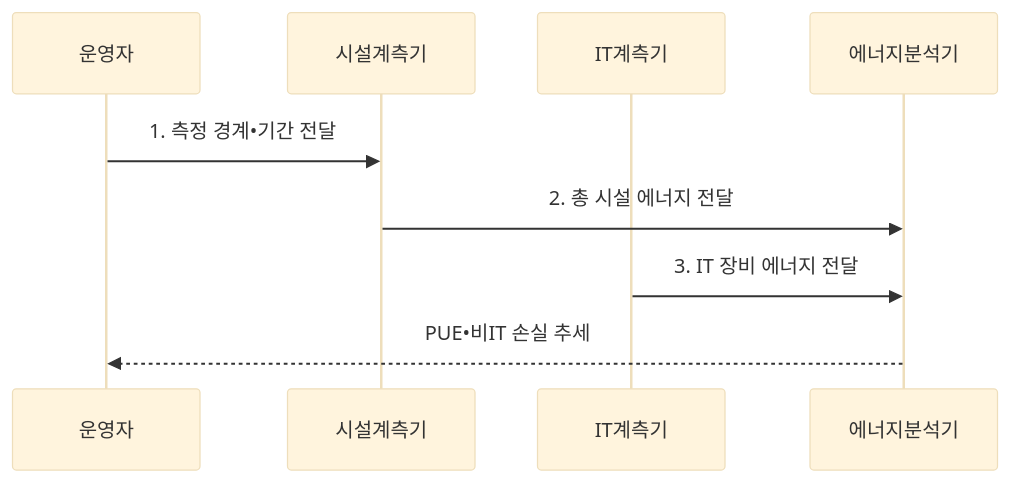
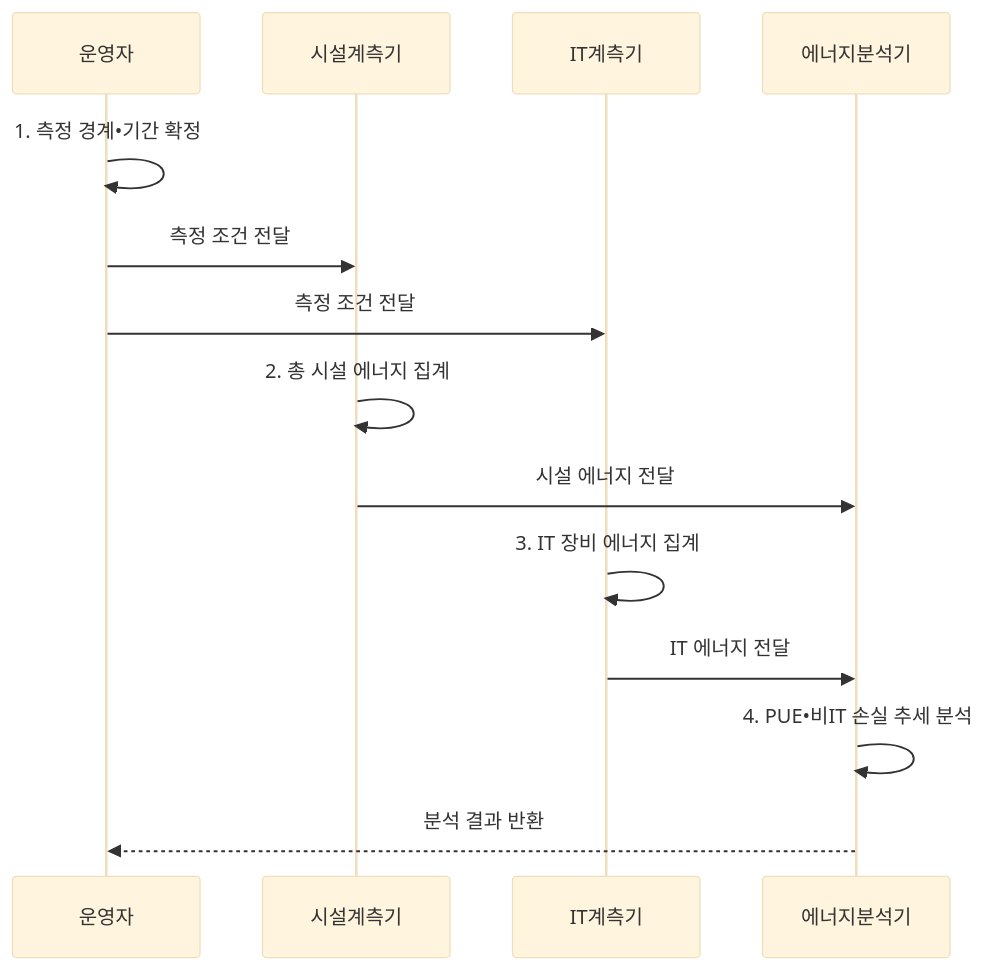
The second of 2 diagrams in src/content/docs/notes/06-evaluation/039_pue_power_usage_effectiveness.md (agnusdei1207/knowledge-base), drawn with Mermaid (base theme) before and after one commit. The commit also changed other lines of this file and 20 other files, not shown here.

````diff
--- a/src/content/docs/notes/06-evaluation/039_pue_power_usage_effectiveness.md
+++ b/src/content/docs/notes/06-evaluation/039_pue_power_usage_effectiveness.md
@@ -103,11 +103,16 @@
 ```mermaid
 sequenceDiagram
-    participant O as 운영자
-    participant F as 시설계측기
-    participant I as IT계측기
-    participant A as 에너지분석기
-    O->>F: 1. 측정 경계•기간 전달
-    F->>A: 2. 총 시설 에너지 전달
-    I->>A: 3. IT 장비 에너지 전달
-    A-->>O: PUE•비IT 손실 추세
+  participant O as 운영자
+  participant F as 시설계측기
+  participant I as IT계측기
+  participant A as 에너지분석기
+  O->>O: 1. 측정 경계•기간 확정
+  O->>F: 측정 조건 전달
+  O->>I: 측정 조건 전달
+  F->>F: 2. 총 시설 에너지 집계
+  F->>A: 시설 에너지 전달
+  I->>I: 3. IT 장비 에너지 집계
+  I->>A: IT 에너지 전달
+  A->>A: 4. PUE•비IT 손실 추세 분석
+  A-->>O: 분석 결과 반환
 ```
````
